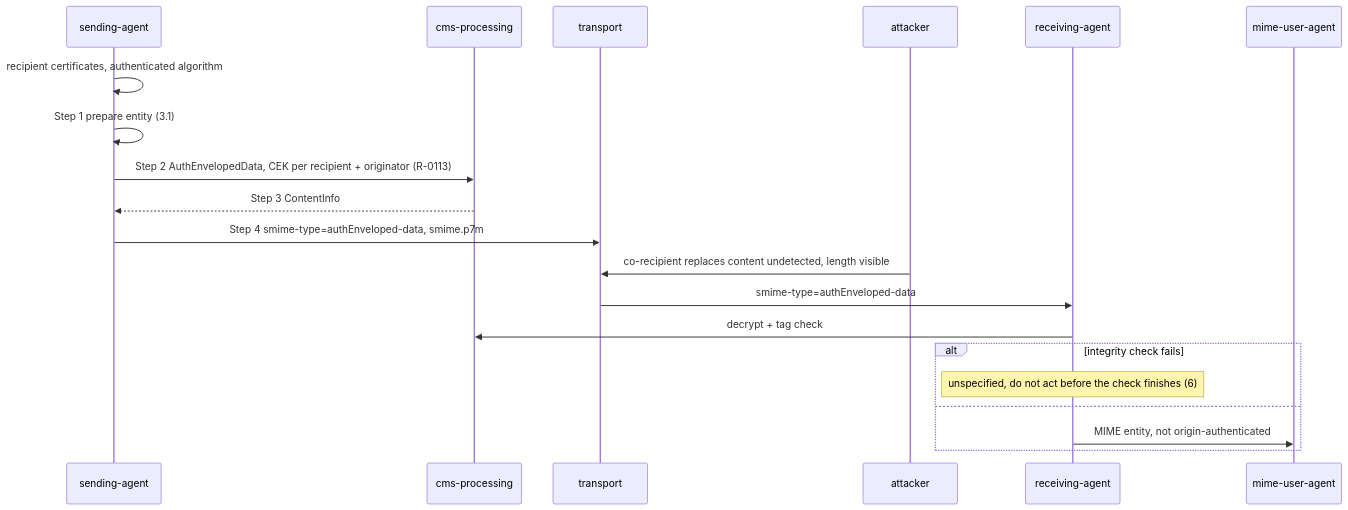
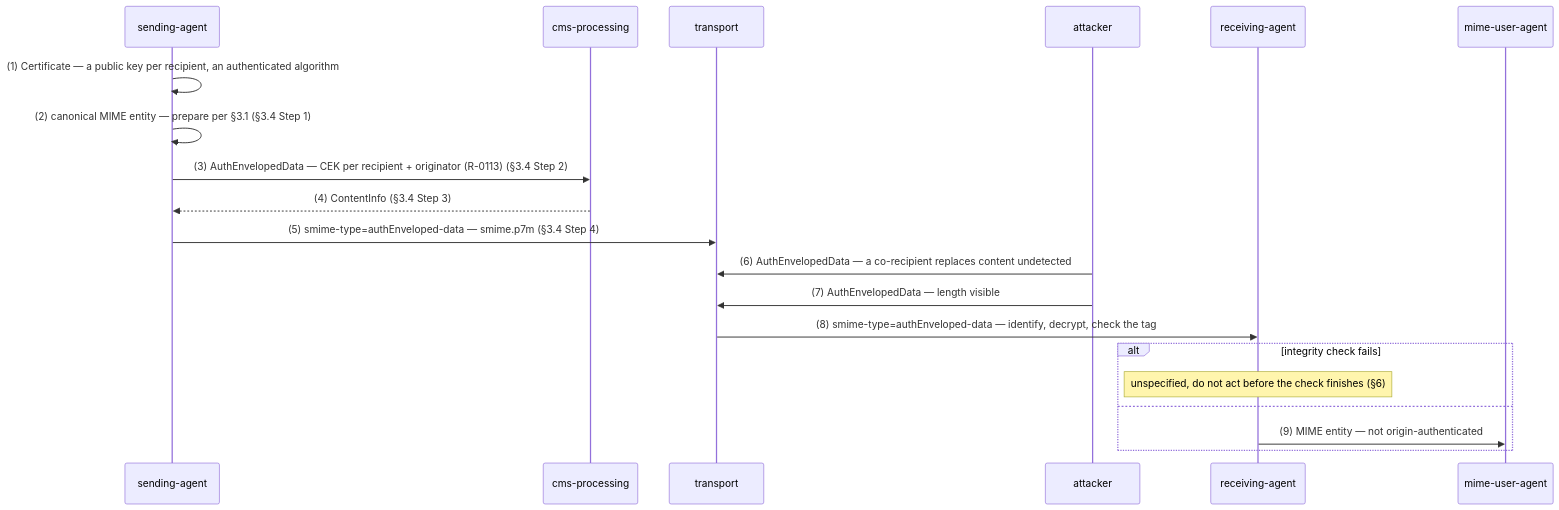
Before and after one commit to m-of-n/library: the seventh of 28 diagrams in records/ietf/rfc-8551/distilled/protocol.md, drawn with Mermaid. The commit also changed other lines of this file and 10 other files, not shown here.

````diff
--- a/records/ietf/rfc-8551/distilled/protocol.md
+++ b/records/ietf/rfc-8551/distilled/protocol.md
@@ -177,22 +180,22 @@
 ```mermaid
 sequenceDiagram
   participant SA as sending-agent
   participant CMS as cms-processing
   participant T as transport
   participant X as attacker
   participant RA as receiving-agent
   participant MUA as mime-user-agent
-  SA->>SA: recipient certificates, authenticated algorithm
-  SA->>SA: Step 1 prepare entity (3.1)
-  SA->>CMS: Step 2 AuthEnvelopedData, CEK per recipient + originator (R-0113)
-  CMS-->>SA: Step 3 ContentInfo
-  SA->>T: Step 4 smime-type=authEnveloped-data, smime.p7m
-  X->>T: co-recipient replaces content undetected, length visible
-  T->>RA: smime-type=authEnveloped-data
-  RA->>CMS: decrypt + tag check
+  SA->>SA: (1) Certificate — a public key per recipient, an authenticated algorithm
+  SA->>SA: (2) canonical MIME entity — prepare per §3.1 (§3.4 Step 1)
+  SA->>CMS: (3) AuthEnvelopedData — CEK per recipient + originator (R-0113) (§3.4 Step 2)
+  CMS-->>SA: (4) ContentInfo (§3.4 Step 3)
+  SA->>T: (5) smime-type=authEnveloped-data — smime.p7m (§3.4 Step 4)
+  X->>T: (6) AuthEnvelopedData — a co-recipient replaces content undetected
+  X->>T: (7) AuthEnvelopedData — length visible
+  T->>RA: (8) smime-type=authEnveloped-data — identify, decrypt, check the tag
   alt integrity check fails
-    Note over RA: unspecified, do not act before the check finishes (6)
+    Note over RA: unspecified, do not act before the check finishes (§6)
   else
-    RA->>MUA: MIME entity, not origin-authenticated
+    RA->>MUA: (9) MIME entity — not origin-authenticated
   end
 ```
````
